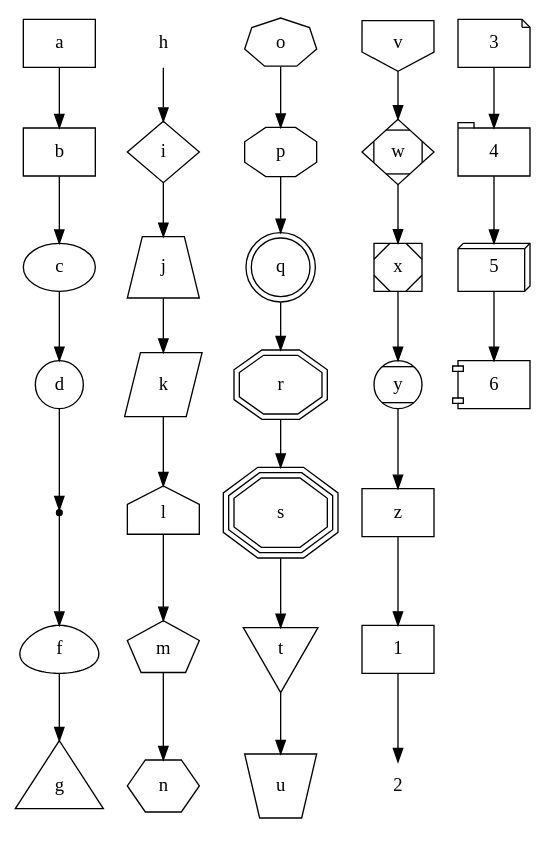
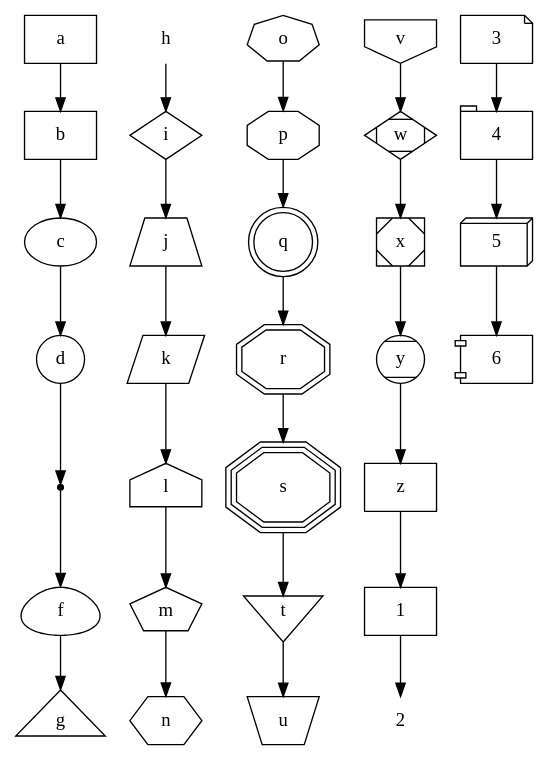
Before and after one commit to ellson/MOTHBALLED-graphviz: the diagram in rtest/nshare/shapes_dot.dot, drawn with Graphviz.

Commit message:
new baseline for regression tests for graphviz-2.18

```diff
--- a/rtest/nshare/shapes_dot.dot
+++ b/rtest/nshare/shapes_dot.dot
@@ -1,63 +1,63 @@
 digraph G {
 	node [label="\N"];
-	graph [bb="0,0,370,588"];
-	a [shape=box, pos="33,567", width="0.75", height="0.50"];
-	b [shape=polygon, pos="33,485", width="0.75", height="0.50"];
-	c [shape=ellipse, pos="33,401", width="0.75", height="0.50"];
-	d [shape=circle, pos="33,318", width="0.50", height="0.50"];
-	e [shape=point, pos="33,232", width="0.06", height="0.06"];
-	f [shape=egg, pos="33,137", width="0.78", height="0.50"];
-	g [shape=triangle, pos="33,34", width="0.92", height="0.94"];
-	h [shape=plaintext, pos="111,567", width="0.75", height="0.50"];
-	i [shape=diamond, pos="111,485", width="0.75", height="0.64"];
-	j [shape=trapezium, pos="111,401", width="0.75", height="0.64"];
-	k [shape=parallelogram, pos="111,318", width="0.78", height="0.67"];
-	l [shape=house, pos="111,232", width="0.75", height="0.56"];
-	m [shape=pentagon, pos="111,137", width="0.75", height="0.60"];
-	n [shape=hexagon, pos="111,34", width="0.75", height="0.54"];
-	o [shape=septagon, pos="191,567", width="0.75", height="0.53"];
-	p [shape=octagon, pos="191,485", width="0.75", height="0.51"];
-	q [shape=doublecircle, pos="191,401", width="0.61", height="0.61"];
-	r [shape=doubleoctagon, pos="191,318", width="0.86", height="0.61"];
-	s [shape=tripleoctagon, pos="191,232", width="0.97", height="0.72"];
-	t [shape=invtriangle, pos="191,137", width="0.78", height="0.90"];
-	u [shape=invtrapezium, pos="191,34", width="0.75", height="0.67"];
-	v [shape=invhouse, pos="271,567", width="0.75", height="0.58"];
-	w [shape=Mdiamond, pos="271,485", width="0.75", height="0.68"];
-	x [shape=Msquare, pos="271,401", width="0.50", height="0.50"];
-	y [shape=Mcircle, pos="271,318", width="0.50", height="0.50"];
-	z [shape=rect, pos="271,232", width="0.75", height="0.50"];
-	1 [shape=rectangle, pos="271,137", width="0.75", height="0.50"];
-	2 [shape=none, pos="271,34", width="0.75", height="0.50"];
-	3 [shape=note, pos="343,567", width="0.75", height="0.50"];
-	4 [shape=tab, pos="343,485", width="0.75", height="0.50"];
-	5 [shape=box3d, pos="343,401", width="0.75", height="0.50"];
-	6 [shape=component, pos="343,318", width="0.75", height="0.50"];
-	a -> b [pos="e,33,503 33,549 33,539 33,525 33,513"];
-	b -> c [pos="e,33,419 33,467 33,456 33,442 33,429"];
-	c -> d [pos="e,33,336 33,383 33,372 33,358 33,346"];
-	d -> e [pos="e,33,234 33,300 33,283 33,259 33,244"];
-	e -> f [pos="e,33,155 33,230 33,221 33,189 33,165"];
-	f -> g [pos="e,33,68 33,119 33,108 33,93 33,78"];
-	h -> i [pos="e,111,508 111,549 111,540 111,529 111,518"];
-	i -> j [pos="e,111,424 111,462 111,453 111,444 111,434"];
-	j -> k [pos="e,111,342 111,378 111,370 111,361 111,352"];
-	k -> l [pos="e,111,252 111,294 111,284 111,273 111,262"];
-	l -> m [pos="e,111,159 111,215 111,202 111,184 111,169"];
-	m -> n [pos="e,111,54 111,120 111,104 111,82 111,64"];
-	o -> p [pos="e,191,503 191,550 191,539 191,525 191,513"];
-	p -> q [pos="e,191,423 191,466 191,457 191,445 191,433"];
-	q -> r [pos="e,191,340 191,379 191,370 191,360 191,350"];
-	r -> s [pos="e,191,258 191,296 191,287 191,278 191,268"];
-	s -> t [pos="e,191,153 191,206 191,193 191,177 191,163"];
-	t -> u [pos="e,191,58 191,104 191,93 191,80 191,68"];
-	v -> w [pos="e,271,510 271,546 271,538 271,529 271,520"];
-	w -> x [pos="e,271,419 271,460 271,450 271,439 271,429"];
-	x -> y [pos="e,271,336 271,383 271,372 271,358 271,346"];
-	y -> z [pos="e,271,250 271,300 271,288 271,273 271,260"];
-	z -> 1 [pos="e,271,155 271,214 271,200 271,181 271,165"];
-	1 -> 2 [pos="e,271,52 271,119 271,103 271,80 271,62"];
-	3 -> 4 [pos="e,343,503 343,549 343,539 343,525 343,513"];
-	4 -> 5 [pos="e,343,419 343,467 343,456 343,442 343,429"];
-	5 -> 6 [pos="e,343,336 343,383 343,372 343,358 343,346"];
+	graph [bb="0,0,360,500"];
+	a [shape=box, pos="28,482", width="0.75", height="0.50"];
+	b [shape=polygon, pos="28,410", width="0.75", height="0.50"];
+	c [shape=ellipse, pos="28,334", width="0.75", height="0.50"];
+	d [shape=circle, pos="28,254", width="0.50", height="0.50"];
+	e [shape=point, pos="28,170", width="0.06", height="0.06"];
+	f [shape=egg, pos="28,90", width="0.78", height="0.50"];
+	g [shape=triangle, pos="28,18", width="0.75", height="0.50"];
+	h [shape=plaintext, pos="101,482", width="0.75", height="0.50"];
+	i [shape=diamond, pos="101,410", width="0.75", height="0.50"];
+	j [shape=trapezium, pos="101,334", width="0.75", height="0.50"];
+	k [shape=parallelogram, pos="101,254", width="0.78", height="0.50"];
+	l [shape=house, pos="101,170", width="0.75", height="0.50"];
+	m [shape=pentagon, pos="101,90", width="0.75", height="0.50"];
+	n [shape=hexagon, pos="101,18", width="0.75", height="0.50"];
+	o [shape=septagon, pos="181,482", width="0.75", height="0.50"];
+	p [shape=octagon, pos="181,410", width="0.75", height="0.50"];
+	q [shape=doublecircle, pos="181,334", width="0.61", height="0.61"];
+	r [shape=doubleoctagon, pos="181,254", width="0.86", height="0.61"];
+	s [shape=tripleoctagon, pos="181,170", width="0.97", height="0.72"];
+	t [shape=invtriangle, pos="181,90", width="0.75", height="0.50"];
+	u [shape=invtrapezium, pos="181,18", width="0.75", height="0.50"];
+	v [shape=invhouse, pos="261,482", width="0.75", height="0.50"];
+	w [shape=Mdiamond, pos="261,410", width="0.75", height="0.50"];
+	x [shape=Msquare, pos="261,334", width="0.50", height="0.50"];
+	y [shape=Mcircle, pos="261,254", width="0.50", height="0.50"];
+	z [shape=rect, pos="261,170", width="0.75", height="0.50"];
+	1 [shape=rectangle, pos="261,90", width="0.75", height="0.50"];
+	2 [shape=none, pos="261,18", width="0.75", height="0.50"];
+	3 [shape=note, pos="333,482", width="0.75", height="0.50"];
+	4 [shape=tab, pos="333,410", width="0.75", height="0.50"];
+	5 [shape=box3d, pos="333,334", width="0.75", height="0.50"];
+	6 [shape=component, pos="333,254", width="0.75", height="0.50"];
+	a -> b [pos="e,28,428 28,464 28,456 28,447 28,438"];
+	b -> c [pos="e,28,352 28,392 28,383 28,372 28,362"];
+	c -> d [pos="e,28,272 28,316 28,306 28,293 28,282"];
+	d -> e [pos="e,28,172 28,236 28,220 28,196 28,182"];
+	e -> f [pos="e,28,108 28,168 28,161 28,138 28,118"];
+	f -> g [pos="e,28,36 28,72 28,64 28,55 28,46"];
+	h -> i [pos="e,101,428 101,464 101,456 101,447 101,438"];
+	i -> j [pos="e,101,352 101,392 101,383 101,372 101,362"];
+	j -> k [pos="e,101,272 101,316 101,306 101,293 101,282"];
+	k -> l [pos="e,101,188 101,236 101,225 101,211 101,198"];
+	l -> m [pos="e,101,108 101,155 101,145 101,131 101,118"];
+	m -> n [pos="e,101,36 101,75 101,67 101,56 101,46"];
+	o -> p [pos="e,181,428 181,466 181,457 181,448 181,438"];
+	p -> q [pos="e,181,356 181,392 181,384 181,375 181,366"];
+	q -> r [pos="e,181,276 181,312 181,304 181,295 181,286"];
+	r -> s [pos="e,181,196 181,232 181,224 181,215 181,206"];
+	s -> t [pos="e,181,99 181,144 181,132 181,119 181,109"];
+	t -> u [pos="e,181,36 181,72 181,64 181,55 181,46"];
+	v -> w [pos="e,261,428 261,464 261,456 261,447 261,438"];
+	w -> x [pos="e,261,352 261,392 261,383 261,372 261,362"];
+	x -> y [pos="e,261,272 261,316 261,306 261,293 261,282"];
+	y -> z [pos="e,261,188 261,236 261,225 261,211 261,198"];
+	z -> 1 [pos="e,261,108 261,152 261,142 261,129 261,118"];
+	1 -> 2 [pos="e,261,36 261,72 261,64 261,55 261,46"];
+	3 -> 4 [pos="e,333,428 333,464 333,456 333,447 333,438"];
+	4 -> 5 [pos="e,333,352 333,392 333,383 333,372 333,362"];
+	5 -> 6 [pos="e,333,272 333,316 333,306 333,293 333,282"];
 }
```
